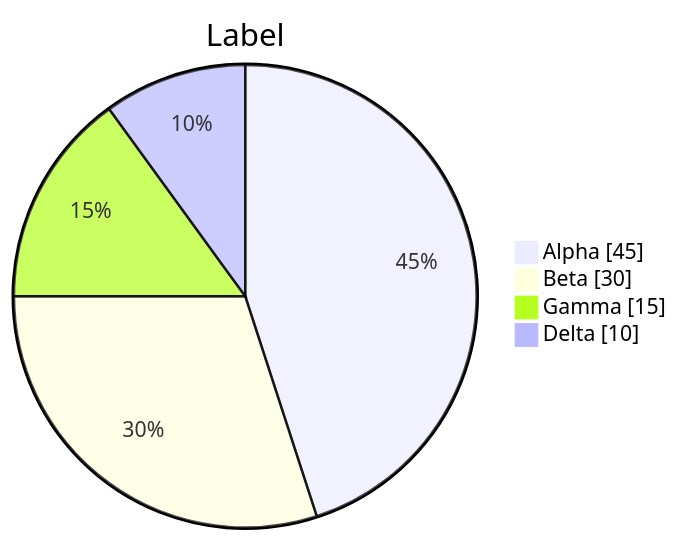
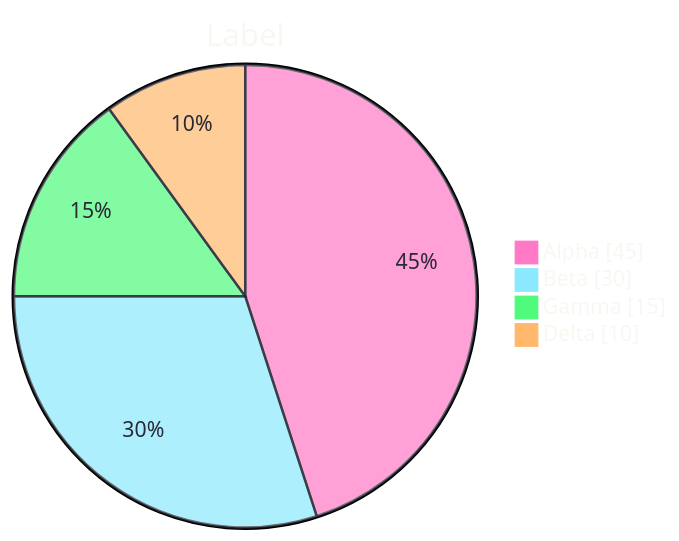
The fifth of 25 diagrams in .claude/skills/mermaid-diagramming/references/syntax-extended.md (bsamiee/Rasm), drawn with Mermaid before and after one commit. The commit also changed other lines of this file and 55 other files, not shown here.

````diff
--- a/.claude/skills/mermaid-diagramming/references/syntax-extended.md
+++ b/.claude/skills/mermaid-diagramming/references/syntax-extended.md
@@ -116,8 +138,22 @@
 ```mermaid
+---
+config:
+  theme: base
+  themeVariables:
+    darkMode: true
+    pieSectionTextColor: "#282A36"
+    pieLegendTextColor: "#F8F8F2"
+    pieTitleTextColor: "#F8F8F2"
+    pieStrokeColor: "#282A36"
+    pie1: "#FF79C6"
+    pie2: "#8BE9FD"
+    pie3: "#50FA7B"
+    pie4: "#FFB86C"
+---
 pie showData
   title Label
   "Alpha" : 45
   "Beta" : 30
   "Gamma" : 15
   "Delta" : 10
 ```
````
